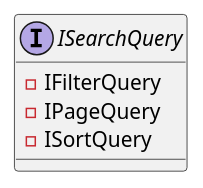
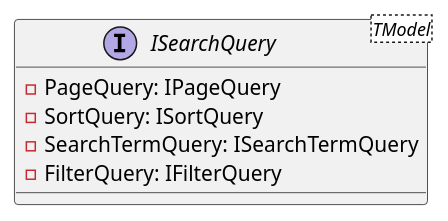
The fifth of 6 diagrams in docs/generated/Framework/Eliassen.System.Abstractions/Linq/Search/Documentation.md (mwwhited-forks/dotnet-libs), drawn with PlantUML before and after one commit. The commit also changed other lines of this file and 444 other files, not shown here.

````diff
--- a/docs/generated/Framework/Eliassen.System.Abstractions/Linq/Search/Documentation.md
+++ b/docs/generated/Framework/Eliassen.System.Abstractions/Linq/Search/Documentation.md
@@ -84,9 +77,14 @@
 ```plantuml
 @startuml
 interface ISearchQuery {
-  - IFilterQuery
-  - IPageQuery
-  - ISortQuery
+  - PageQuery: IPageQuery
+  - SortQuery: ISortQuery
+  - SearchTermQuery: ISearchTermQuery
+  - FilterQuery: IFilterQuery
 }
+
+interface ISearchQuery<TModel> {
+}
+
 @enduml
 ```
````
